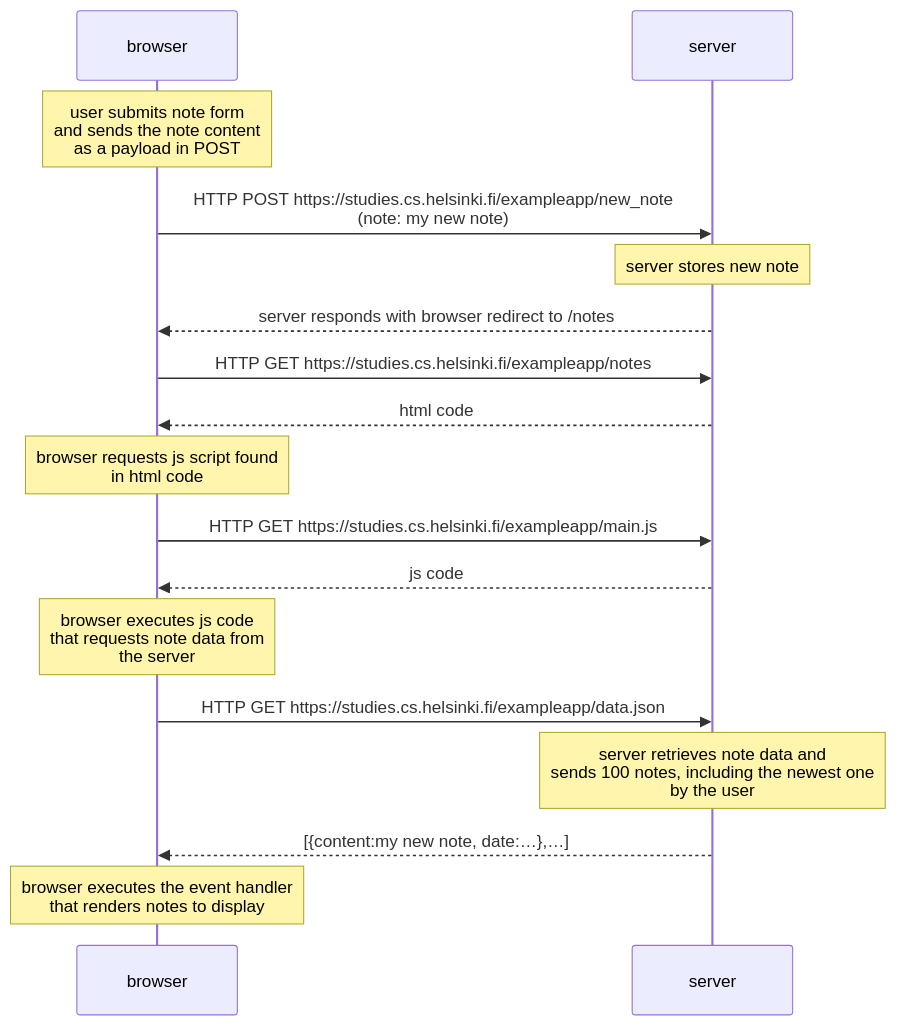
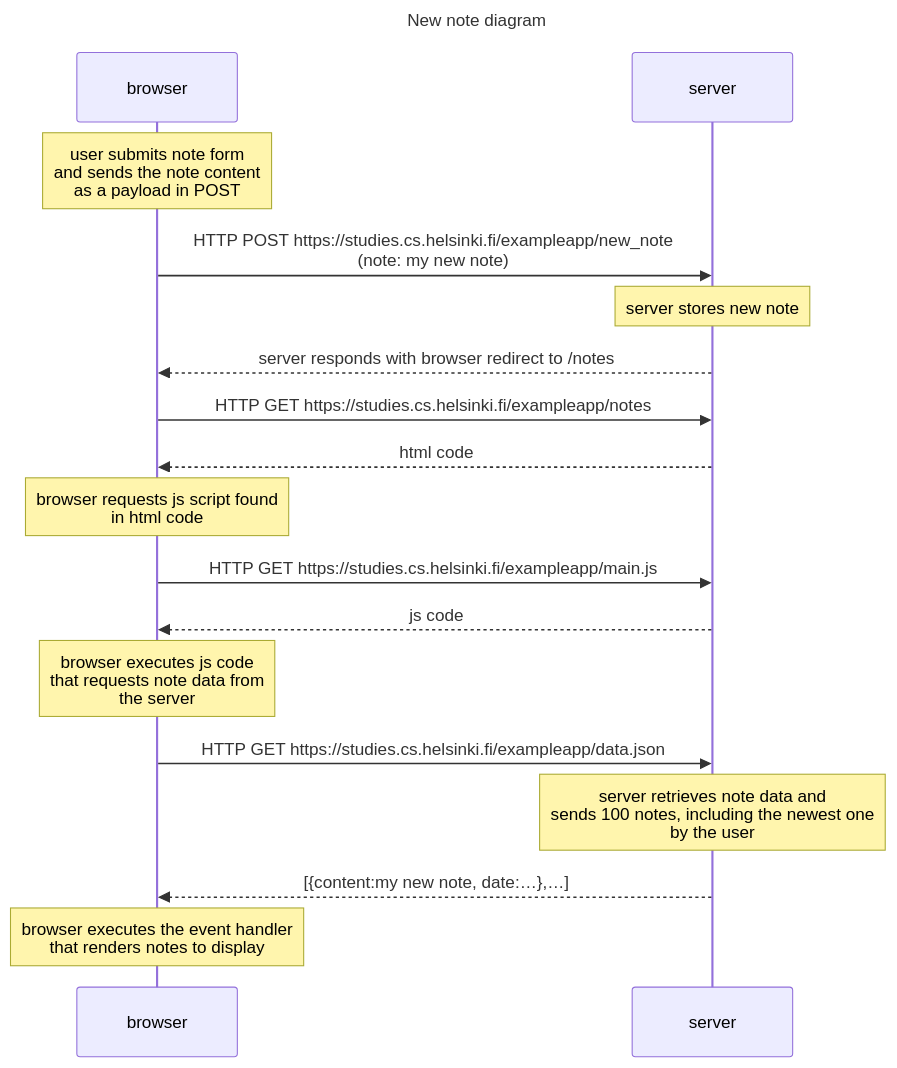
Before and after one commit to alexkontos/fullstackopen: the diagram in part0/0.4/New note diagram.md, drawn with Mermaid.

Commit message:
Add title to new note diagram

````diff
--- a/part0/0.4/New note diagram.md
+++ b/part0/0.4/New note diagram.md
@@ -1,17 +1,17 @@
 ```mermaid
-sequenceDiagram
+sequenceDiagram title New note diagram
 note over browser: user submits note form<br>and sends the note content<br>as a payload in POST
 browser->>server: HTTP POST https://studies.cs.helsinki.fi/exampleapp/new_note<br>(note: my new note)
 note over server: server stores new note
 server-->>browser: server responds with browser redirect to /notes
 browser->>server: HTTP GET https://studies.cs.helsinki.fi/exampleapp/notes
 server-->>browser: html code
 note over browser: browser requests js script found<br>in html code
 browser->>server: HTTP GET https://studies.cs.helsinki.fi/exampleapp/main.js
 server-->>browser: js code
 note over browser: browser executes js code<br>that requests note data from<br> the server
 browser->>server: HTTP GET https://studies.cs.helsinki.fi/exampleapp/data.json
 note over server: server retrieves note data and<br>sends 100 notes, including the newest one<br>by the user
 server-->>browser: [{content:my new note, date:…},…]
 note over browser: browser executes the event handler<br>that renders notes to display
 ```
````
